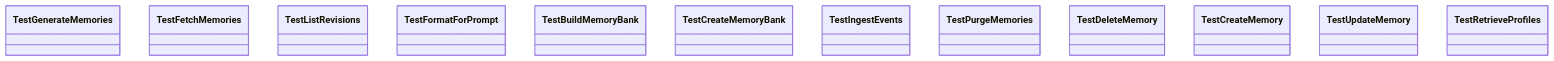
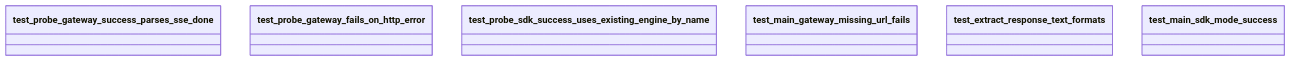
Before and after one commit to unrealandychan/gcp-hermes-agnet: the tenth of 10 diagrams in .rekipedia/wiki/core-modules.md, drawn with Mermaid. The commit also changed other lines of this file and 16 other files, not shown here.

````diff
--- a/.rekipedia/wiki/core-modules.md
+++ b/.rekipedia/wiki/core-modules.md
@@ -243,15 +565,9 @@
 ```mermaid
 classDiagram
-class TestGenerateMemories
-class TestFetchMemories
-class TestListRevisions
-class TestFormatForPrompt
-class TestBuildMemoryBank
-class TestCreateMemoryBank
-class TestIngestEvents
-class TestPurgeMemories
-class TestDeleteMemory
-class TestCreateMemory
-class TestUpdateMemory
-class TestRetrieveProfiles
+    class test_probe_gateway_success_parses_sse_done
+    class test_probe_gateway_fails_on_http_error
+    class test_probe_sdk_success_uses_existing_engine_by_name
+    class test_main_gateway_missing_url_fails
+    class test_extract_response_text_formats
+    class test_main_sdk_mode_success
 ```
````
